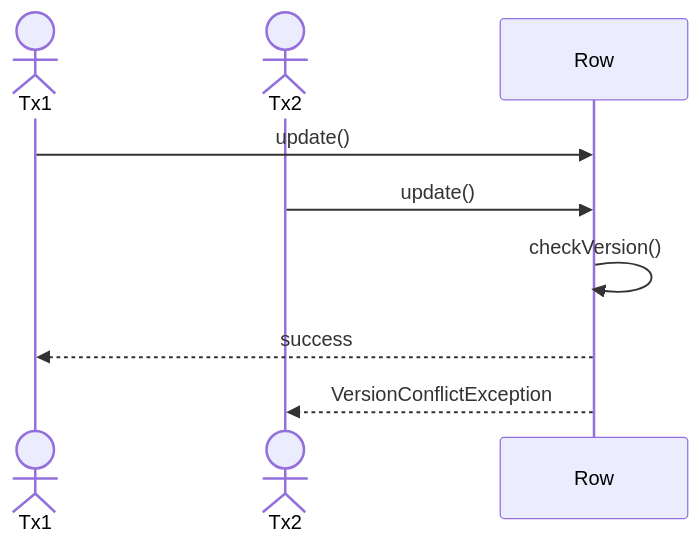
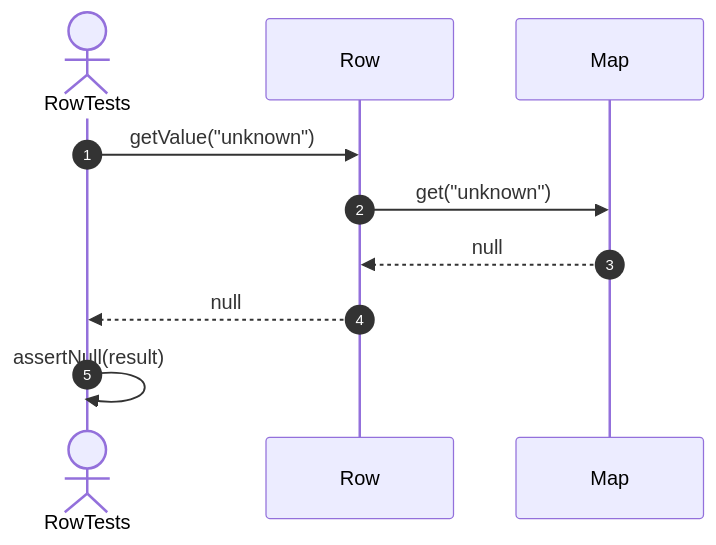
One commit to FhuAnn/-bbv-AN-s-DBMS changed diagram 13 of 33 in src/tests/unit/metadata/sequences/rows-testing.se.md. Above: the diagram before and after it, drawn with Mermaid. The commit also changed other lines of this file and 60 other files, not shown here.

Commit message:
refactor data table, row, column, constraint, index test file

````diff
--- a/src/tests/unit/metadata/sequences/rows-testing.se.md
+++ b/src/tests/unit/metadata/sequences/rows-testing.se.md
@@ -234,17 +340,17 @@
 ```mermaid
 sequenceDiagram
-actor Tx1
-actor Tx2
+    autonumber
 
-participant Row
+    actor Test as RowTests
+    participant Row as Row
+    participant Values as Map
 
-Tx1->>Row: update()
+    Test->>Row: getValue("unknown")
 
-Tx2->>Row: update()
+    Row->>Values: get("unknown")
+    Values-->>Row: null
 
-Row->>Row: checkVersion()
+    Row-->>Test: null
 
-Row-->>Tx1: success
-
-Row-->>Tx2: VersionConflictException
+    Test->>Test: assertNull(result)
 ```
````
